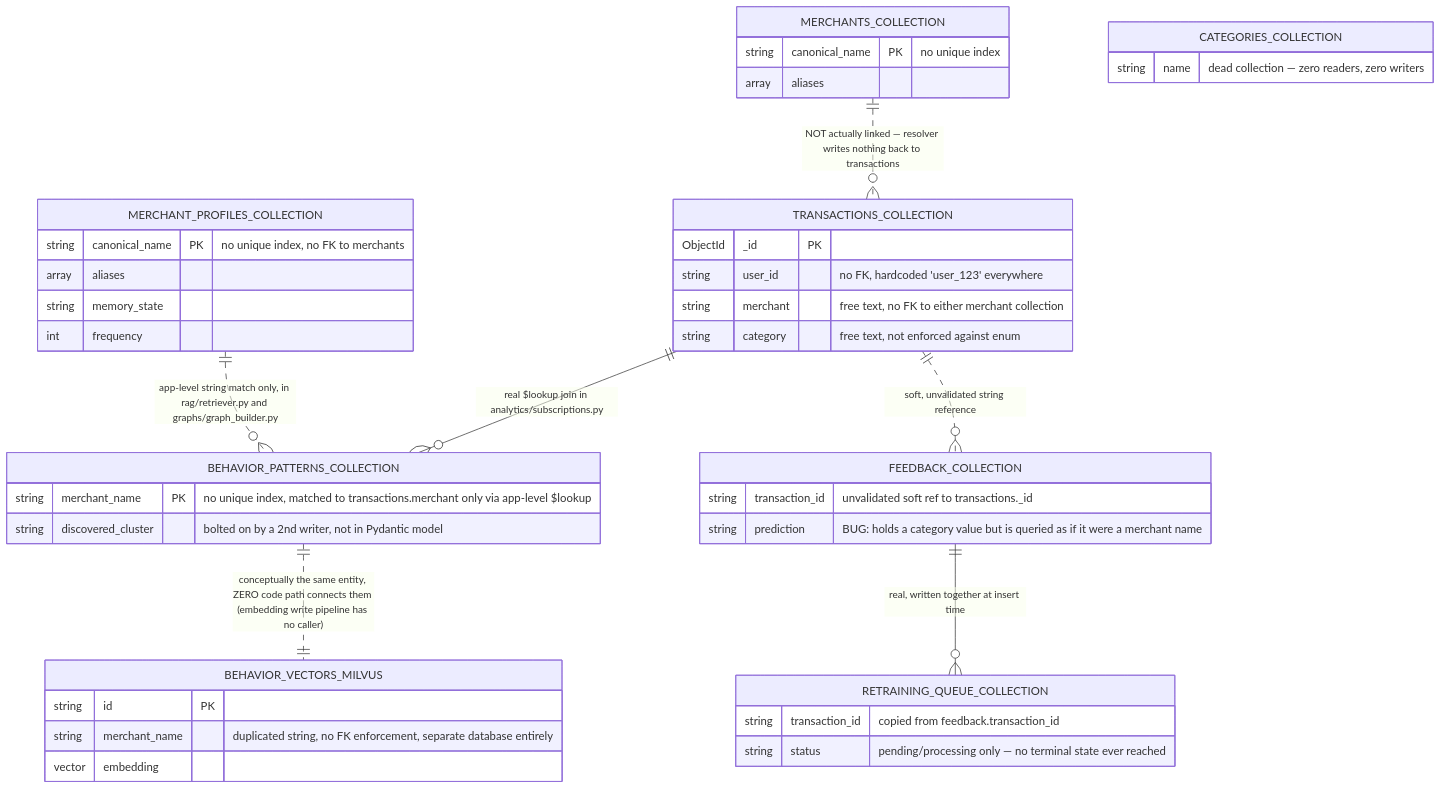
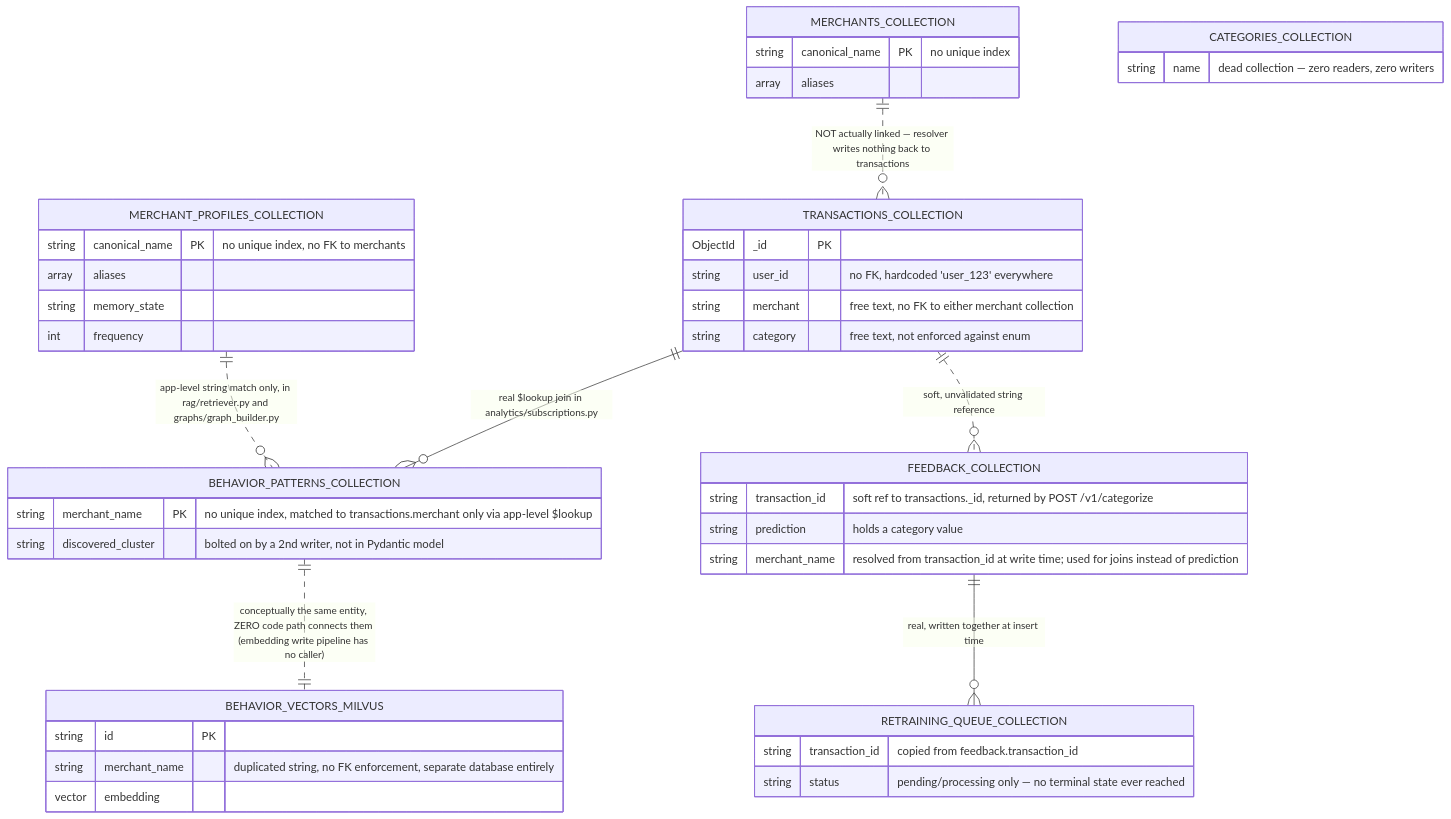
Before and after one commit to lokeshramchand-ctrl/velar-backend: the third of 4 diagrams in docs/18-database-analysis.md, drawn with Mermaid. The commit also changed other lines of this file and 34 other files, not shown here.

````diff
--- a/docs/18-database-analysis.md
+++ b/docs/18-database-analysis.md
@@ -192,46 +186,47 @@
 ```mermaid
 erDiagram
     MERCHANTS_COLLECTION {
         string canonical_name PK "no unique index"
         array aliases
     }
     MERCHANT_PROFILES_COLLECTION {
         string canonical_name PK "no unique index, no FK to merchants"
         array aliases
         string memory_state
         int frequency
     }
     TRANSACTIONS_COLLECTION {
         ObjectId _id PK
         string user_id "no FK, hardcoded 'user_123' everywhere"
         string merchant "free text, no FK to either merchant collection"
         string category "free text, not enforced against enum"
     }
     BEHAVIOR_PATTERNS_COLLECTION {
         string merchant_name PK "no unique index, matched to transactions.merchant only via app-level $lookup"
         string discovered_cluster "bolted on by a 2nd writer, not in Pydantic model"
     }
     FEEDBACK_COLLECTION {
-        string transaction_id "unvalidated soft ref to transactions._id"
-        string prediction "BUG: holds a category value but is queried as if it were a merchant name"
+        string transaction_id "soft ref to transactions._id, returned by POST /v1/categorize"
+        string prediction "holds a category value"
+        string merchant_name "resolved from transaction_id at write time; used for joins instead of prediction"
     }
     RETRAINING_QUEUE_COLLECTION {
         string transaction_id "copied from feedback.transaction_id"
         string status "pending/processing only — no terminal state ever reached"
     }
     BEHAVIOR_VECTORS_MILVUS {
         string id PK
         string merchant_name "duplicated string, no FK enforcement, separate database entirely"
         vector embedding
     }
     CATEGORIES_COLLECTION {
         string name "dead collection — zero readers, zero writers"
     }
 
     MERCHANTS_COLLECTION ||..o{ TRANSACTIONS_COLLECTION : "NOT actually linked — resolver writes nothing back to transactions"
     MERCHANT_PROFILES_COLLECTION ||..o{ BEHAVIOR_PATTERNS_COLLECTION : "app-level string match only, in rag/retriever.py and graphs/graph_builder.py"
     TRANSACTIONS_COLLECTION ||--o{ BEHAVIOR_PATTERNS_COLLECTION : "real $lookup join in analytics/subscriptions.py"
     TRANSACTIONS_COLLECTION ||..o{ FEEDBACK_COLLECTION : "soft, unvalidated string reference"
     FEEDBACK_COLLECTION ||--o{ RETRAINING_QUEUE_COLLECTION : "real, written together at insert time"
     BEHAVIOR_PATTERNS_COLLECTION ||..|| BEHAVIOR_VECTORS_MILVUS : "conceptually the same entity, ZERO code path connects them (embedding write pipeline has no caller)"
 ```
````
